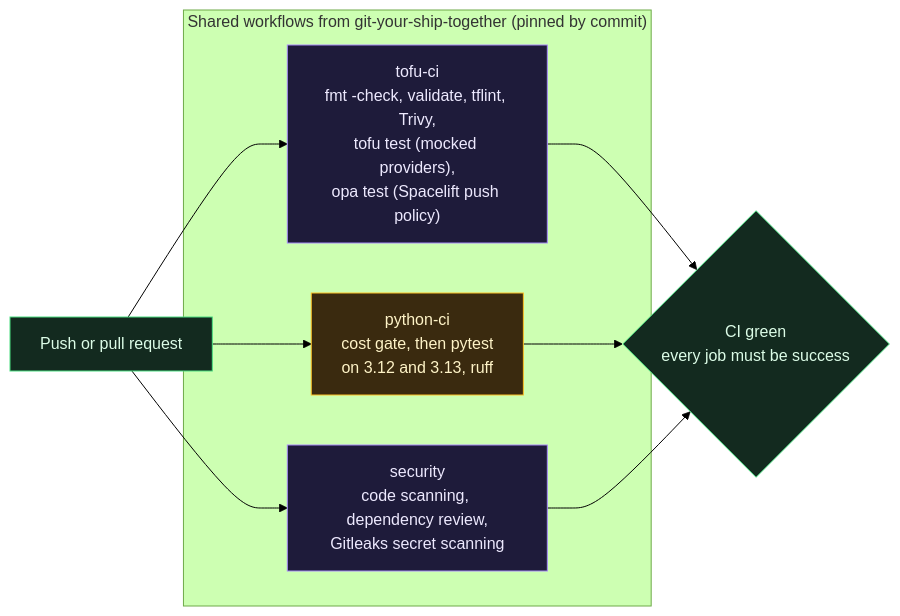
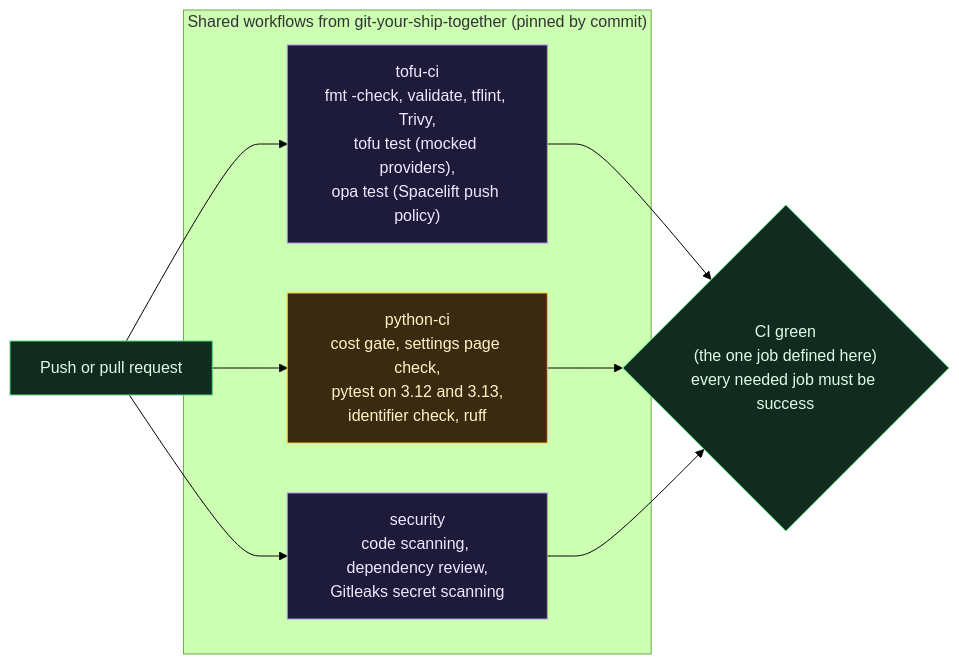
Before and after one commit to ChiefGyk3D/Clouds-Against-Humanity: the first of 2 diagrams in docs/wiki/CI-Tests-and-Cost-Gate.md, drawn with Mermaid (forest theme). The commit also changed other lines of this file and 20 other files, not shown here.

````diff
--- a/docs/wiki/CI-Tests-and-Cost-Gate.md
+++ b/docs/wiki/CI-Tests-and-Cost-Gate.md
@@ -9,17 +9,17 @@
 ```mermaid
 flowchart LR
     pr["Push or pull request"]:::you
     subgraph gyst["Shared workflows from git-your-ship-together (pinned by commit)"]
         tofu["tofu-ci<br/>fmt -check, validate, tflint, Trivy,<br/>tofu test (mocked providers),<br/>opa test (Spacelift push policy)"]:::ctrl
-        py["python-ci<br/>cost gate, then pytest<br/>on 3.12 and 3.13, ruff"]:::warn
+        py["python-ci<br/>cost gate, settings page check,<br/>pytest on 3.12 and 3.13,<br/>identifier check, ruff"]:::warn
         sec["security<br/>code scanning, dependency review,<br/>Gitleaks secret scanning"]:::ctrl
     end
-    green{"CI green<br/>every job must be success"}:::you
+    green{"CI green<br/>(the one job defined here)<br/>every needed job must be success"}:::you
     pr --> tofu --> green
     pr --> py --> green
     pr --> sec --> green
 
     classDef you fill:#132a1f,stroke:#4ade80,color:#dcfce7
     classDef ctrl fill:#1e1b3a,stroke:#a78bfa,color:#ede9fe
     classDef warn fill:#3a2a0f,stroke:#fbbf24,color:#fef3c7
 ```
````
